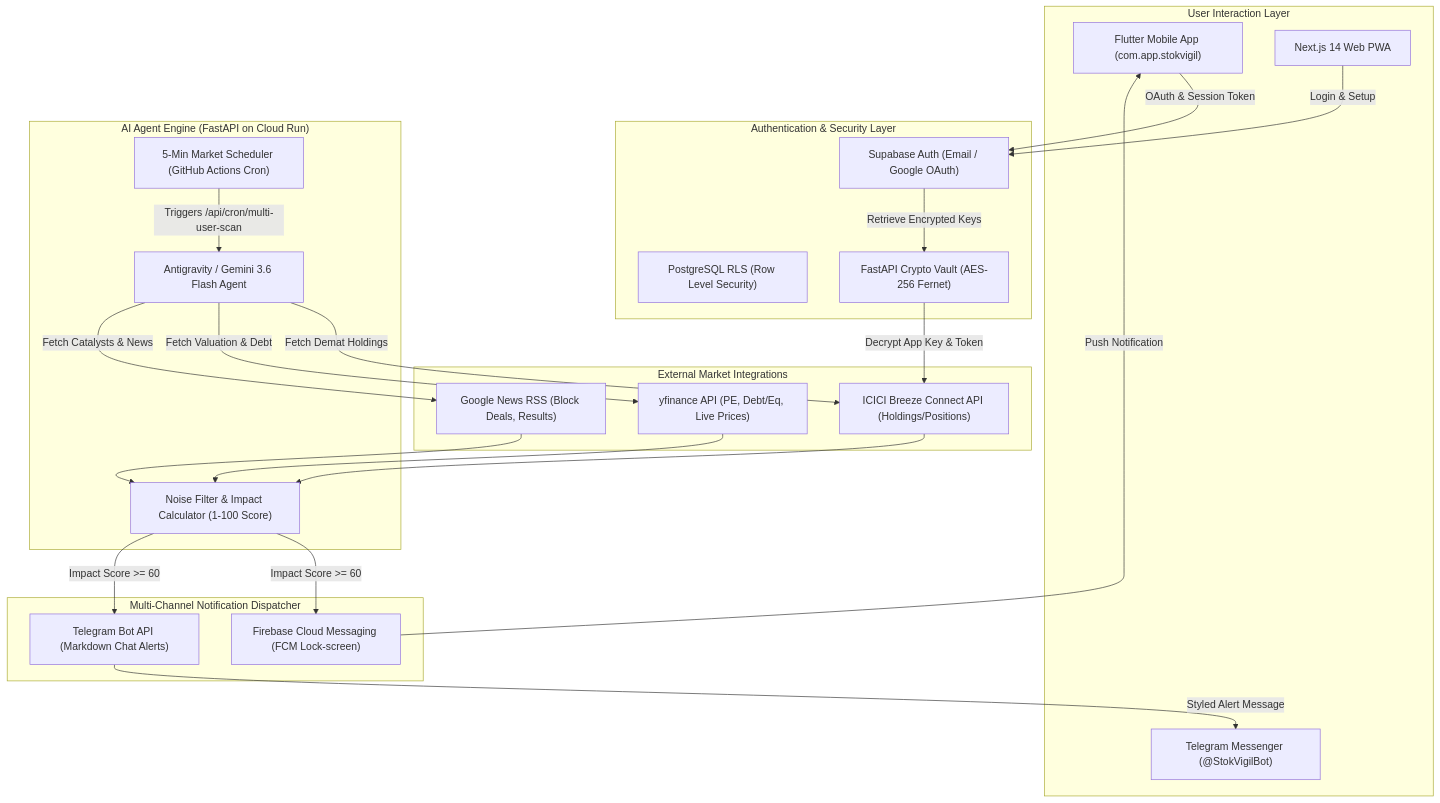
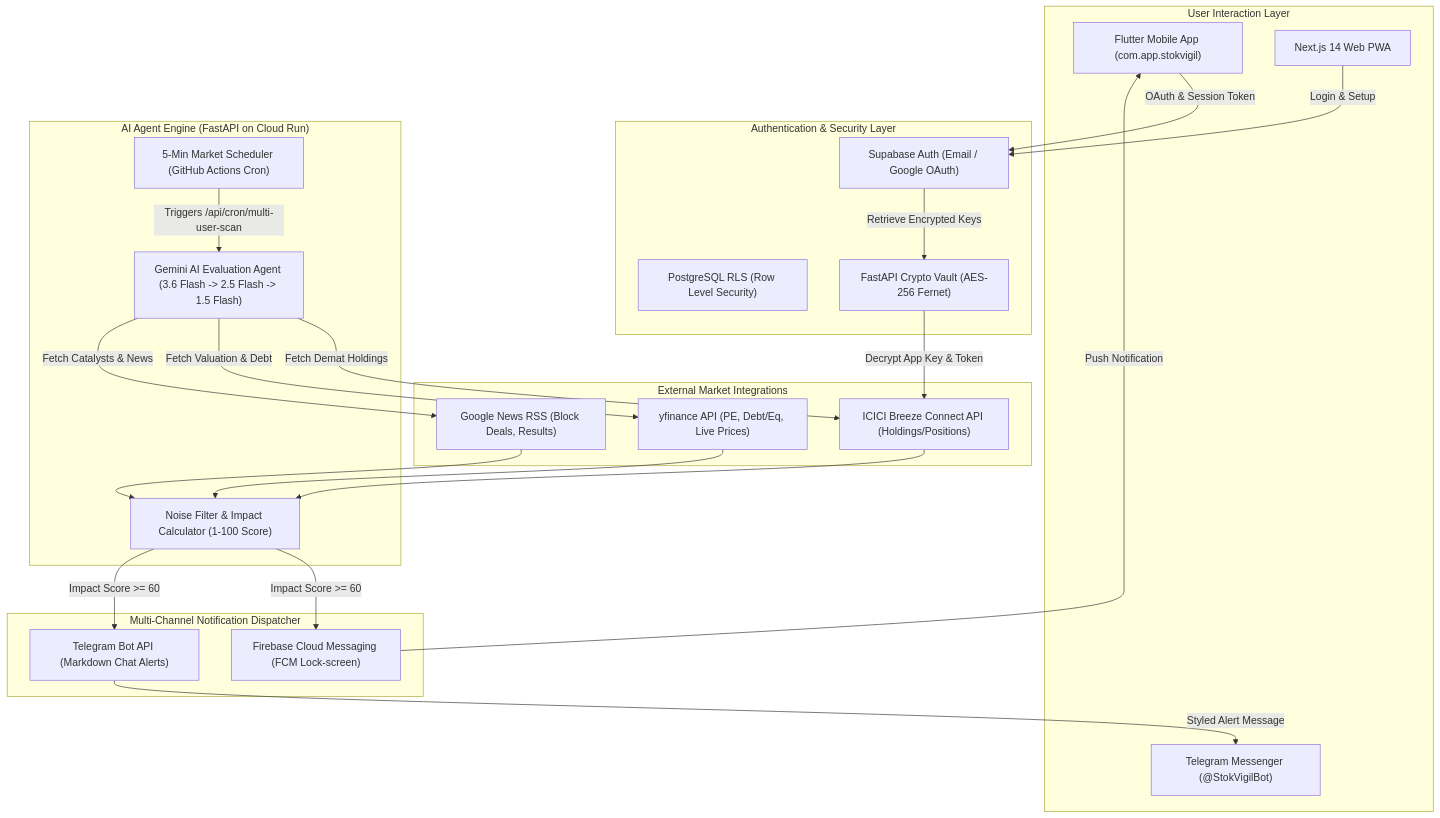
Before and after one commit to cvnbtech/stokvigil-ai: the diagram in architecture_blueprint.md, drawn with Mermaid. The commit also changed other lines of this file and 2 other files, not shown here.

````diff
--- a/architecture_blueprint.md
+++ b/architecture_blueprint.md
@@ -18,44 +18,44 @@
 ```mermaid
 flowchart TD
     subgraph Clients["User Interaction Layer"]
         A1["Flutter Mobile App (com.app.stokvigil)"]
         A2["Next.js 14 Web PWA"]
         A3["Telegram Messenger (@StokVigilBot)"]
     end
 
     subgraph AuthVault["Authentication & Security Layer"]
         B1["Supabase Auth (Email / Google OAuth)"]
         B2["PostgreSQL RLS (Row Level Security)"]
         B3["FastAPI Crypto Vault (AES-256 Fernet)"]
     end
 
     subgraph DataIntegrations["External Market Integrations"]
         C1["ICICI Breeze Connect API (Holdings/Positions)"]
         C2["yfinance API (PE, Debt/Eq, Live Prices)"]
         C3["Google News RSS (Block Deals, Results)"]
     end
 
     subgraph Engine["AI Agent Engine (FastAPI on Cloud Run)"]
         D1["5-Min Market Scheduler (GitHub Actions Cron)"]
-        D2["Antigravity / Gemini 3.6 Flash Agent"]
+        D2["Gemini AI Evaluation Agent (3.6 Flash -> 2.5 Flash -> 1.5 Flash)"]
         D3["Noise Filter & Impact Calculator (1-100 Score)"]
     end
 
     subgraph Dispatch["Multi-Channel Notification Dispatcher"]
         E1["Firebase Cloud Messaging (FCM Lock-screen)"]
         E2["Telegram Bot API (Markdown Chat Alerts)"]
     end
 
     A1 -->|OAuth & Session Token| B1
     A2 -->|Login & Setup| B1
     B1 -->|Retrieve Encrypted Keys| B3
     D1 -->|Triggers /api/cron/multi-user-scan| D2
     B3 -->|Decrypt App Key & Token| C1
     D2 -->|Fetch Demat Holdings| C1
     D2 -->|Fetch Valuation & Debt| C2
     D2 -->|Fetch Catalysts & News| C3
     C1 & C2 & C3 --> D3
     D3 -->|Impact Score >= 60| E1 & E2
     E1 -->|Push Notification| A1
     E2 -->|Styled Alert Message| A3
 ```
````
